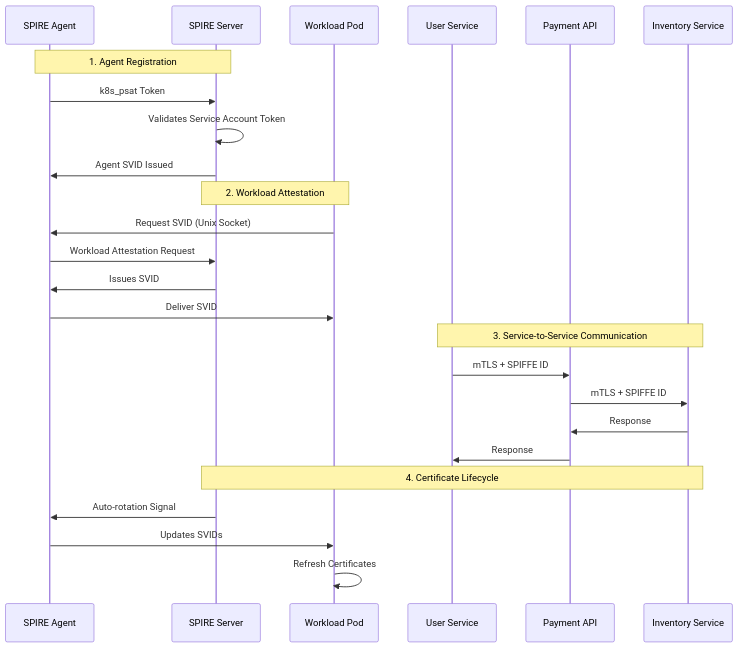
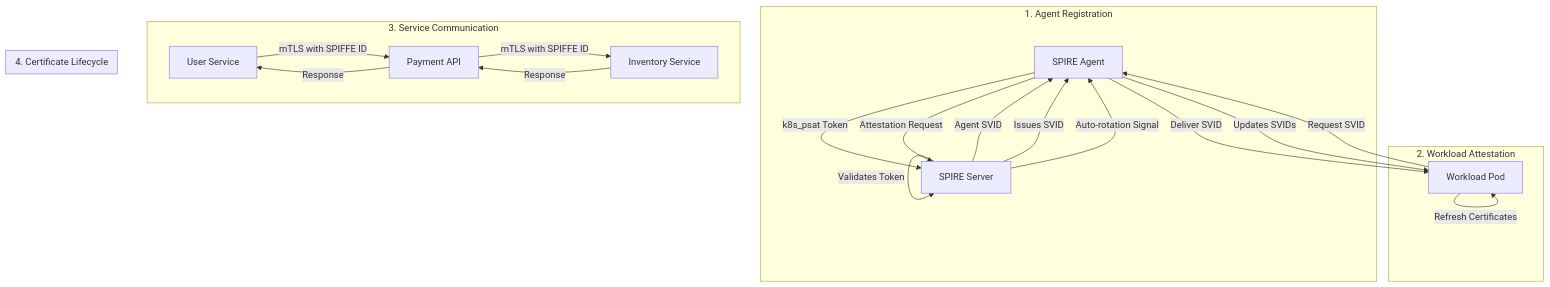
The second of 8 diagrams in docs/architecture_diagrams.md (jfiser247/spire-dev), drawn with Mermaid before and after one commit. The commit also changed other lines of this file and 5 other files, not shown here.

First line of the commit message:
Fix Mermaid v10.4.0 compatibility issues across all documentation

````diff
--- a/docs/architecture_diagrams.md
+++ b/docs/architecture_diagrams.md
@@ -71,31 +34,35 @@
 ```mermaid
-sequenceDiagram
-    participant SA as SPIRE Agent
-    participant SS as SPIRE Server
-    participant WP as Workload Pod
-    participant US as User Service
-    participant PA as Payment API
-    participant IS as Inventory Service
+flowchart TD
+    SA["SPIRE Agent"]
+    SS["SPIRE Server"]
+    WP["Workload Pod"]
+    US["User Service"]
+    PA["Payment API"]
+    IS["Inventory Service"]
     
-    Note over SA,SS: 1. Agent Registration
-    SA->>SS: k8s_psat Token
-    SS->>SS: Validates Service Account Token
-    SS->>SA: Agent SVID Issued
+    subgraph REG["1. Agent Registration"]
+        SA -->|"k8s_psat Token"| SS
+        SS -->|"Validates Token"| SS
+        SS -->|"Agent SVID"| SA
+    end
     
-    Note over WP,SS: 2. Workload Attestation
-    WP->>SA: Request SVID (Unix Socket)
-    SA->>SS: Workload Attestation Request
-    SS->>SA: Issues SVID
-    SA->>WP: Deliver SVID
+    subgraph ATT["2. Workload Attestation"]
+        WP -->|"Request SVID"| SA
+        SA -->|"Attestation Request"| SS
+        SS -->|"Issues SVID"| SA
+        SA -->|"Deliver SVID"| WP
+    end
     
-    Note over US,IS: 3. Service-to-Service Communication
-    US->>PA: mTLS + SPIFFE ID
-    PA->>IS: mTLS + SPIFFE ID
-    IS->>PA: Response
-    PA->>US: Response
+    subgraph COMM["3. Service Communication"]
+        US -->|"mTLS with SPIFFE ID"| PA
+        PA -->|"mTLS with SPIFFE ID"| IS
+        IS -->|"Response"| PA
+        PA -->|"Response"| US
+    end
     
-    Note over SS,IS: 4. Certificate Lifecycle
-    SS->>SA: Auto-rotation Signal
-    SA->>WP: Updates SVIDs
-    WP->>WP: Refresh Certificates
+    subgraph LIFE["4. Certificate Lifecycle"]
+        SS -->|"Auto-rotation Signal"| SA
+        SA -->|"Updates SVIDs"| WP
+        WP -->|"Refresh Certificates"| WP
+    end
 ```
````
